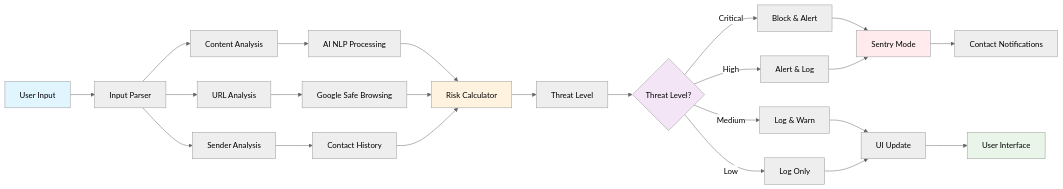
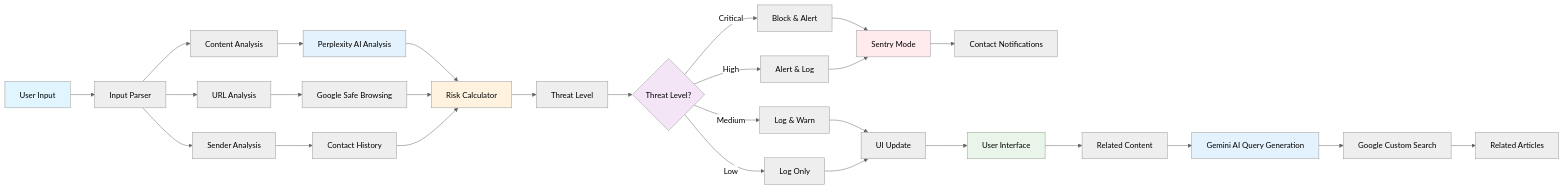
Before and after one commit to realatc/tsv3: the diagram in docs/system-architecture.md, drawn with Mermaid (neutral theme). The commit also changed other lines of this file and 2 other files, not shown here.

Commit message:
Update documentation to properly show Gemini and Perplexity AI usage in workflow

````diff
--- a/docs/system-architecture.md
+++ b/docs/system-architecture.md
@@ -9,37 +9,45 @@
 ```mermaid
 graph LR
     A[User Input] --> B[Input Parser]
     B --> C[Content Analysis]
     B --> D[URL Analysis]
     B --> E[Sender Analysis]
     
-    C --> F[AI NLP Processing]
+    C --> F[Perplexity AI Analysis]
     D --> G[Google Safe Browsing]
     E --> H[Contact History]
     
     F --> I[Risk Calculator]
     G --> I
     H --> I
     
     I --> J[Threat Level]
     J --> K{Threat Level?}
     
     K -->|Critical| L[Block & Alert]
     K -->|High| M[Alert & Log]
     K -->|Medium| N[Log & Warn]
     K -->|Low| O[Log Only]
     
     L --> Q[Sentry Mode]
     M --> Q
     N --> R[UI Update]
     O --> R
     
     Q --> S[Contact Notifications]
     R --> T[User Interface]
     
+    %% Related Content Flow
+    T --> U[Related Content]
+    U --> V[Gemini AI Query Generation]
+    V --> W[Google Custom Search]
+    W --> X[Related Articles]
+    
     style A fill:#e1f5fe
+    style F fill:#e3f2fd
+    style V fill:#e3f2fd
     style I fill:#fff3e0
     style K fill:#f3e5f5
     style Q fill:#ffebee
     style T fill:#e8f5e8
 ```
````
